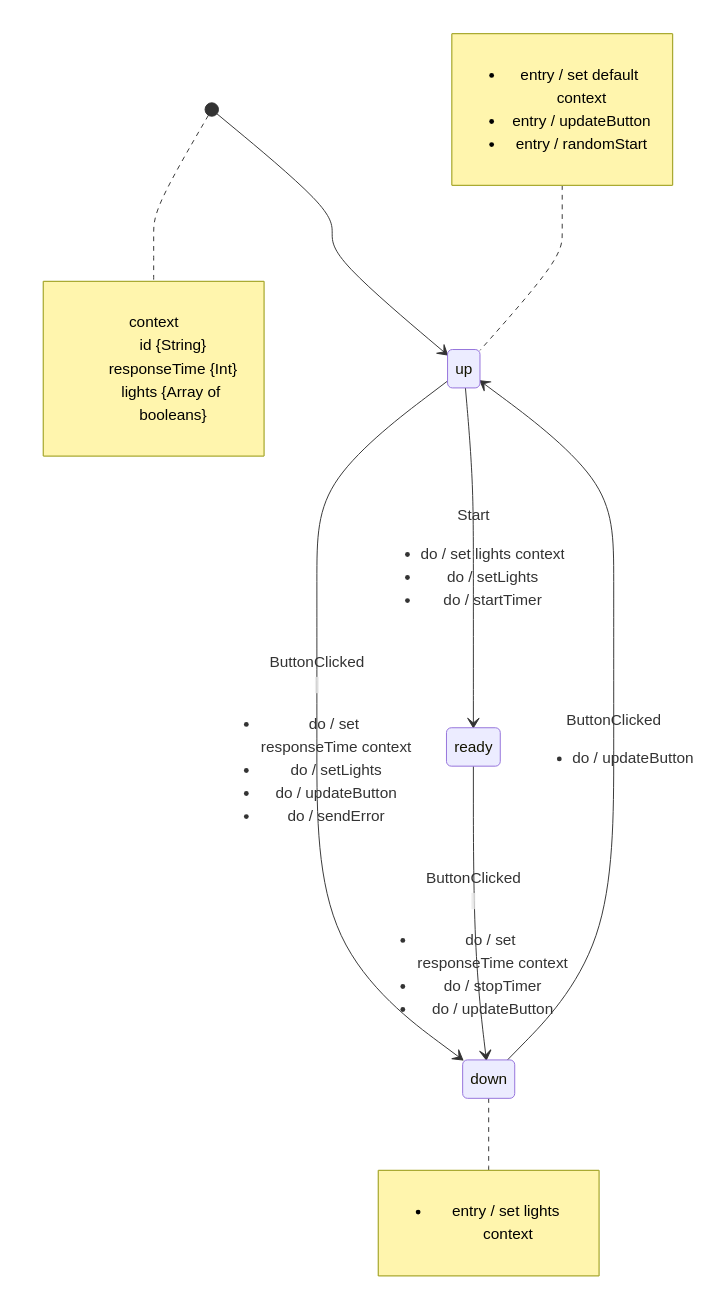
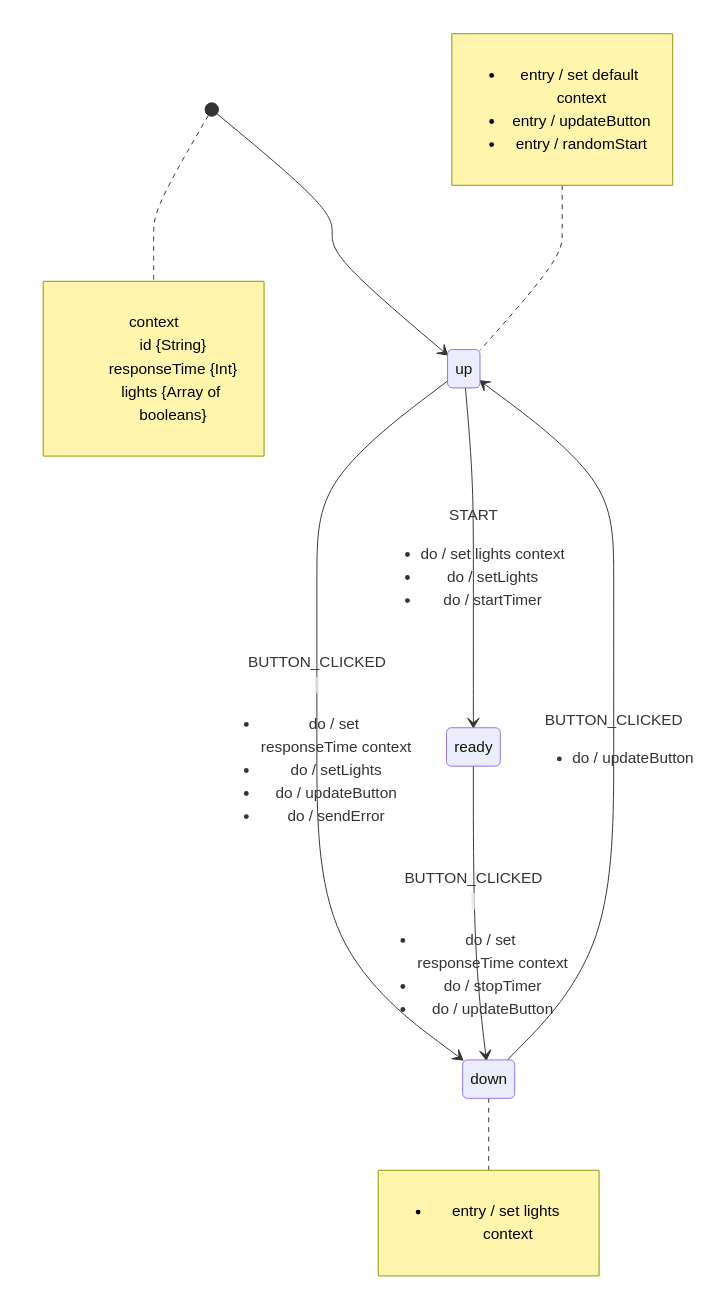
The diagram in libs/red-button-machine/red-button-machine.state-diagram.mmd (jkenlooper/red-button-trainer), drawn with Mermaid before and after one commit. The commit also changed 4 other files, not shown here.

```diff
--- a/libs/red-button-machine/red-button-machine.state-diagram.mmd
+++ b/libs/red-button-machine/red-button-machine.state-diagram.mmd
@@ -1,20 +1,20 @@
 %% State machine diagram in mermaid js format (mmd)
 %% http://mermaid-js.github.io/mermaid/
 %%
 %% Line breaks are not fully supported. Use div elements as a workaround. Notes
 %% can't be multiple lines either (note left of state ... end note)
 %%
 %% Create red-button-machine.state-diagram.svg with this command:
 %% `npm run mmdc -- --input red-button-machine.state-diagram.mmd --output red-button-machine.state-diagram.svg`
 %% Add `-p puppeteer.config.json` for sandbox workaround if needed.
 
 
 stateDiagram-v2
   [*] --> up
   note right of [*] : <dl><dt>context</dt><dd>id {String}</dd><dd>responseTime {Int}</dd><dd>lights {Array of booleans}</dd></dl>
   note left of up : <ul><li>entry / set default context</li><li>entry / updateButton</li><li>entry / randomStart</li></ul>
-  up --> down : <div>ButtonClicked</div> <ul><li>do / set responseTime context</li><li>do / setLights</li><li>do / updateButton</li><li>do / sendError</li></ul>
-  down --> up : <div>ButtonClicked</div> <ul><li>do / updateButton</li>
-  up --> ready : <div>Start</div> <ul><li>do / set lights context</li><li>do / setLights</li><li>do / startTimer</li></ul>
+  up --> down : <div>BUTTON_CLICKED</div> <ul><li>do / set responseTime context</li><li>do / setLights</li><li>do / updateButton</li><li>do / sendError</li></ul>
+  down --> up : <div>BUTTON_CLICKED</div> <ul><li>do / updateButton</li>
+  up --> ready : <div>START</div> <ul><li>do / set lights context</li><li>do / setLights</li><li>do / startTimer</li></ul>
   note right of down : <ul><li>entry / set lights context</li></ul>
-  ready --> down : <div>ButtonClicked</div> <ul><li>do / set responseTime context</li><li>do / stopTimer</li><li>do / updateButton</li></ul>
+  ready --> down : <div>BUTTON_CLICKED</div> <ul><li>do / set responseTime context</li><li>do / stopTimer</li><li>do / updateButton</li></ul>
```
